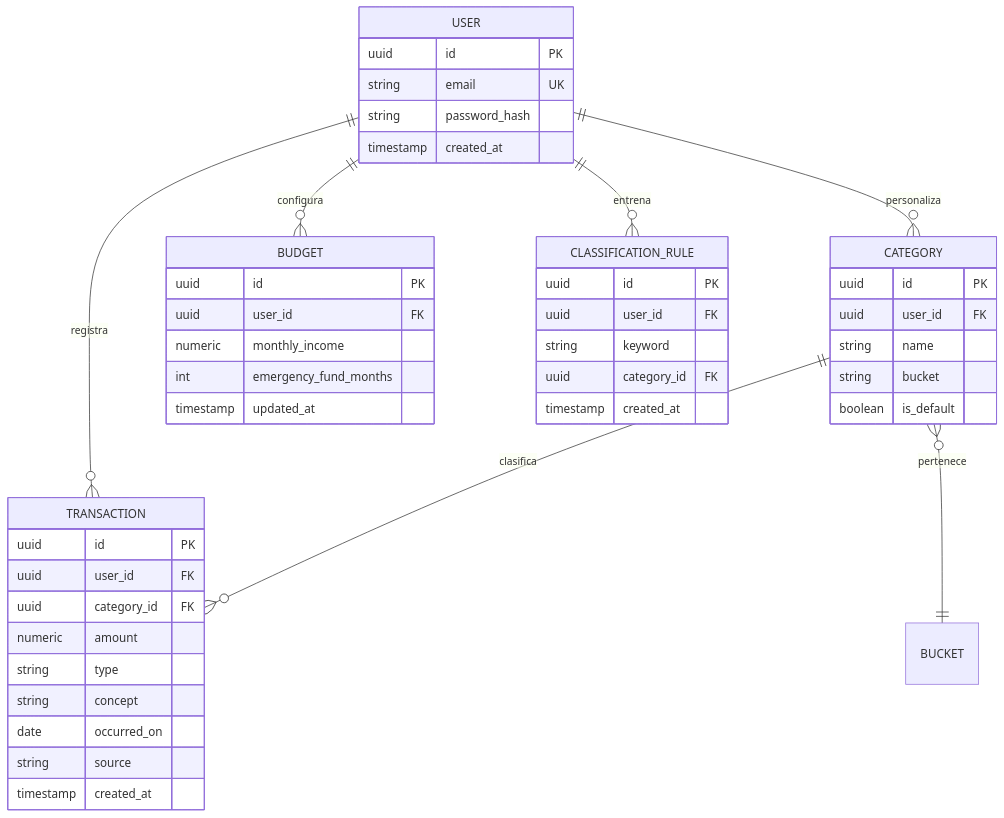
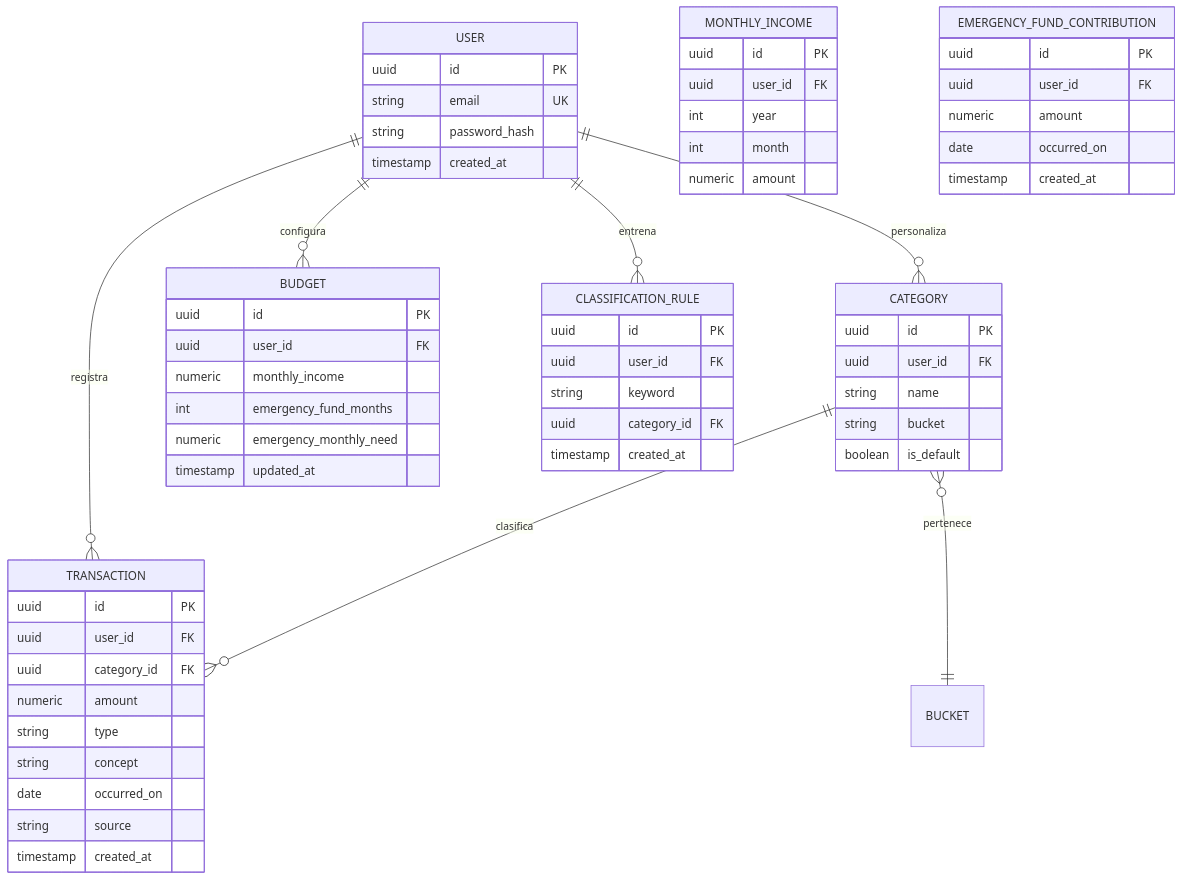
Before and after one commit to MiguelAmayuelasDam/FinPer: the diagram in docs/architecture/01-modelo-datos.md, drawn with Mermaid. The commit also changed other lines of this file and 46 other files, not shown here.

````diff
--- a/docs/architecture/01-modelo-datos.md
+++ b/docs/architecture/01-modelo-datos.md
@@ -5,52 +5,69 @@
 ```mermaid
 erDiagram
     USER ||--o{ TRANSACTION : registra
     USER ||--o{ CATEGORY : personaliza
     USER ||--o{ BUDGET : configura
     USER ||--o{ CLASSIFICATION_RULE : entrena
     CATEGORY ||--o{ TRANSACTION : clasifica
     CATEGORY }o--|| BUCKET : pertenece
 
     USER {
         uuid id PK
         string email UK
         string password_hash
         timestamp created_at
     }
 
     TRANSACTION {
         uuid id PK
         uuid user_id FK
         uuid category_id FK
         numeric amount
         string type
         string concept
         date occurred_on
         string source
         timestamp created_at
     }
 
     CATEGORY {
         uuid id PK
         uuid user_id FK
         string name
         string bucket
         boolean is_default
     }
 
     BUDGET {
         uuid id PK
         uuid user_id FK
         numeric monthly_income
         int emergency_fund_months
+        numeric emergency_monthly_need
         timestamp updated_at
+    }
+
+    MONTHLY_INCOME {
+        uuid id PK
+        uuid user_id FK
+        int year
+        int month
+        numeric amount
+    }
+
+    EMERGENCY_FUND_CONTRIBUTION {
+        uuid id PK
+        uuid user_id FK
+        numeric amount
+        date occurred_on
+        timestamp created_at
     }
 
     CLASSIFICATION_RULE {
         uuid id PK
         uuid user_id FK
         string keyword
         uuid category_id FK
         timestamp created_at
     }
 ```
````
